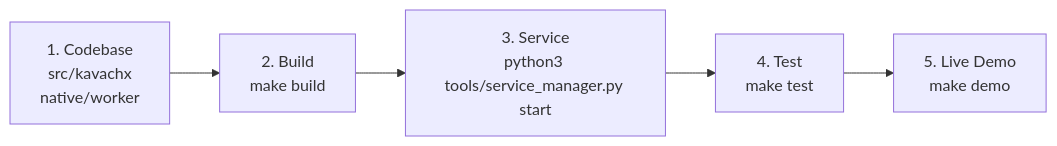
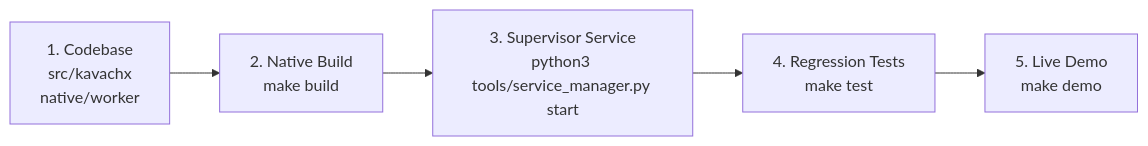
Before and after one commit to jasminbabariya22-eng/KavachX-Real-Time-Hazard-Person-Perception-System: the diagram in docs/GETTING_STARTED.md, drawn with Mermaid. The commit also changed other lines of this file and 35 other files, not shown here.

Commit message:
docs: rebuild master engineering documentation suite with full domain mapping and visual diagrams

````diff
--- a/docs/GETTING_STARTED.md
+++ b/docs/GETTING_STARTED.md
@@ -9,7 +9,7 @@
 ```mermaid
 flowchart LR
-    A["1. Codebase\nsrc/kavachx\nnative/worker"] --> B["2. Build\nmake build"]
-    B --> C["3. Service\npython3 tools/service_manager.py start"]
-    C --> D["4. Test\nmake test"]
+    A["1. Codebase\nsrc/kavachx\nnative/worker"] --> B["2. Native Build\nmake build"]
+    B --> C["3. Supervisor Service\npython3 tools/service_manager.py start"]
+    C --> D["4. Regression Tests\nmake test"]
     D --> E["5. Live Demo\nmake demo"]
 ```
````
